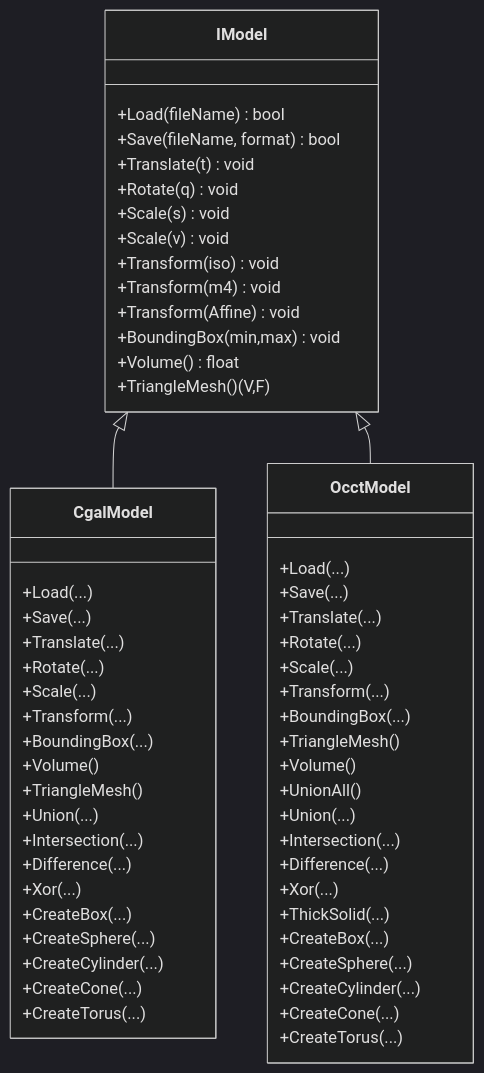
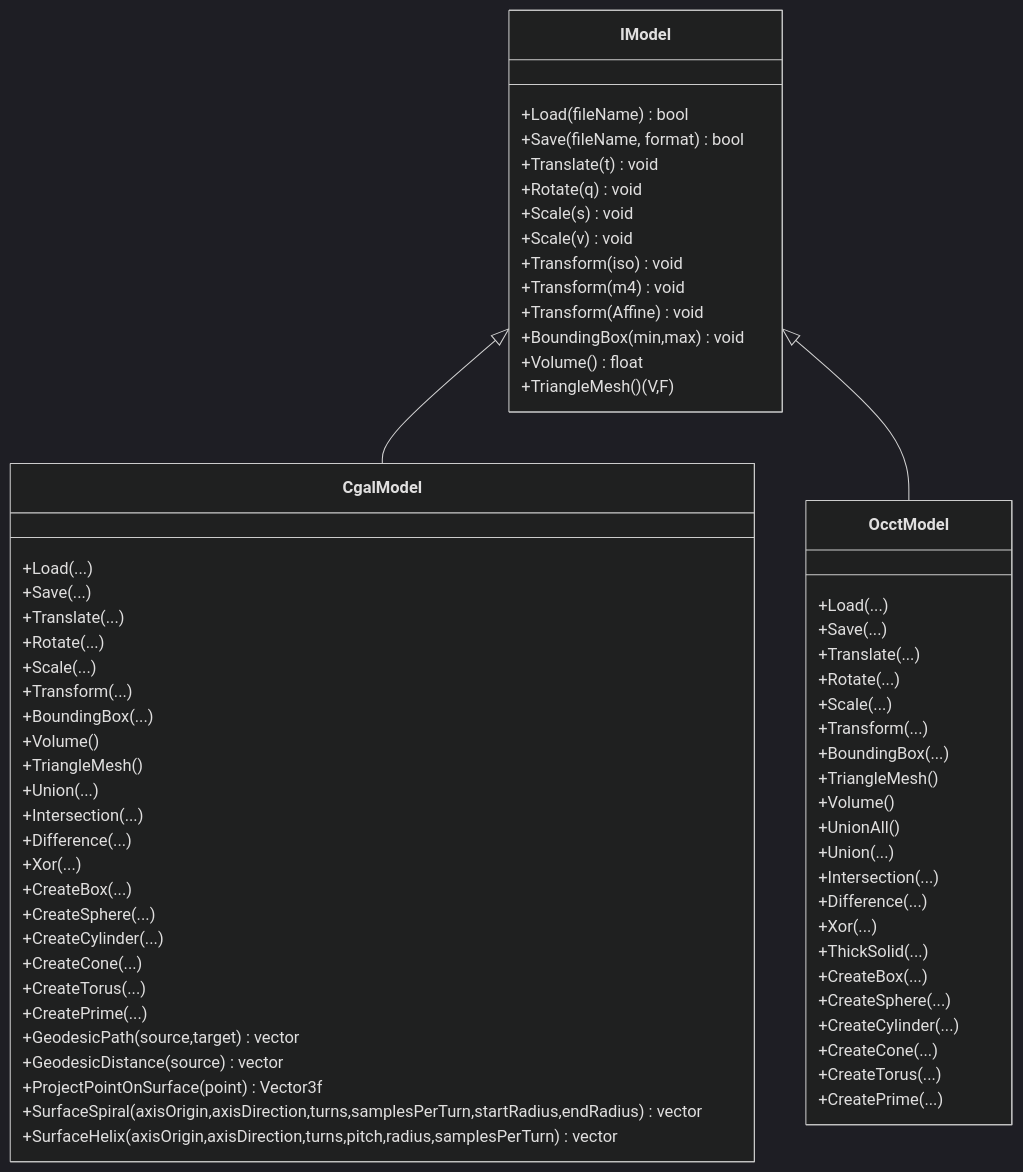
Before and after one commit to hsmbanlance/HsBaSlicer: the second of 6 diagrams in .qoder/repowiki/zh/content/核心模块详解/模型抽象层.md, drawn with Mermaid (dark theme). The commit also changed other lines of this file and 31 other files, not shown here.

First line of the commit message:
docs(architecture): 更新文档以包含事件处理系统和动态库测试

````diff
--- a/.qoder/repowiki/zh/content/核心模块详解/模型抽象层.md
+++ b/.qoder/repowiki/zh/content/核心模块详解/模型抽象层.md
@@ -99,61 +106,68 @@
 ```mermaid
 classDiagram
 class IModel {
 +Load(fileName) bool
 +Save(fileName, format) bool
 +Translate(t) void
 +Rotate(q) void
 +Scale(s) void
 +Scale(v) void
 +Transform(iso) void
 +Transform(m4) void
 +Transform(Affine) void
 +BoundingBox(min,max) void
 +Volume() float
 +TriangleMesh() (V,F)
 }
 class CgalModel {
 +Load(...)
 +Save(...)
 +Translate(...)
 +Rotate(...)
 +Scale(...)
 +Transform(...)
 +BoundingBox(...)
 +Volume()
 +TriangleMesh()
 +Union(...)
 +Intersection(...)
 +Difference(...)
 +Xor(...)
 +CreateBox(...)
 +CreateSphere(...)
 +CreateCylinder(...)
 +CreateCone(...)
 +CreateTorus(...)
++CreatePrime(...)
++GeodesicPath(source,target) vector
++GeodesicDistance(source) vector
++ProjectPointOnSurface(point) Vector3f
++SurfaceSpiral(axisOrigin,axisDirection,turns,samplesPerTurn,startRadius,endRadius) vector
++SurfaceHelix(axisOrigin,axisDirection,turns,pitch,radius,samplesPerTurn) vector
 }
 class OcctModel {
 +Load(...)
 +Save(...)
 +Translate(...)
 +Rotate(...)
 +Scale(...)
 +Transform(...)
 +BoundingBox(...)
 +TriangleMesh()
 +Volume()
 +UnionAll()
 +Union(...)
 +Intersection(...)
 +Difference(...)
 +Xor(...)
 +ThickSolid(...)
 +CreateBox(...)
 +CreateSphere(...)
 +CreateCylinder(...)
 +CreateCone(...)
 +CreateTorus(...)
++CreatePrime(...)
 }
 IModel <|-- CgalModel
 IModel <|-- OcctModel
 ```
````
